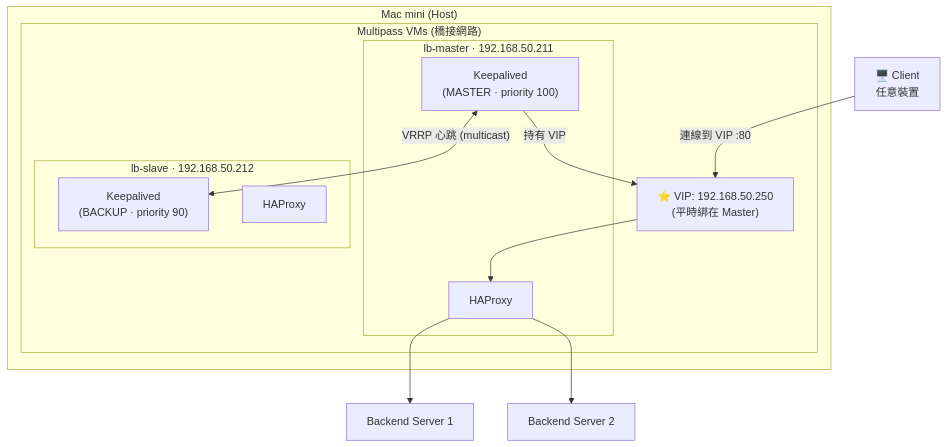
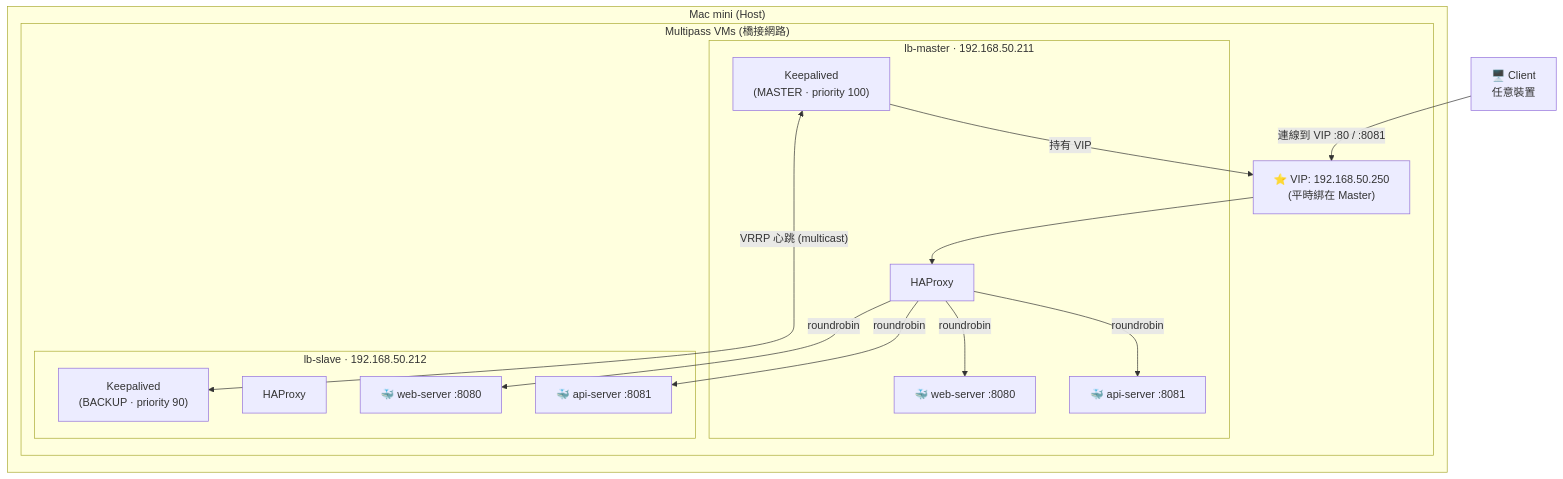
Before and after one commit to MansionLai/notebook: the first of 4 diagrams in load-balancer/architecture.md, drawn with Mermaid. The commit also changed 7 other files, not shown here.

````diff
--- a/load-balancer/architecture.md
+++ b/load-balancer/architecture.md
@@ -11,28 +11,31 @@
 ```mermaid
 graph TB
     Client["🖥️ Client<br/>任意裝置"]
 
     subgraph MAC["Mac mini (Host)"]
         subgraph VMs["Multipass VMs (橋接網路)"]
             subgraph MASTER["lb-master · 192.168.50.211"]
                 KA_M["Keepalived<br/>(MASTER · priority 100)"]
                 HP_M["HAProxy"]
+                WEB_M["🐳 web-server :8080"]
+                API_M["🐳 api-server :8081"]
             end
             subgraph SLAVE["lb-slave · 192.168.50.212"]
                 KA_S["Keepalived<br/>(BACKUP · priority 90)"]
                 HP_S["HAProxy"]
+                WEB_S["🐳 web-server :8080"]
+                API_S["🐳 api-server :8081"]
             end
             VIP["⭐ VIP: 192.168.50.250<br/>(平時綁在 Master)"]
         end
     end
 
-    Backend1["Backend Server 1"]
-    Backend2["Backend Server 2"]
-
-    Client -->|"連線到 VIP :80"| VIP
+    Client -->|"連線到 VIP :80 / :8081"| VIP
     VIP --> HP_M
-    HP_M --> Backend1
-    HP_M --> Backend2
+    HP_M -->|"roundrobin"| WEB_M
+    HP_M -->|"roundrobin"| WEB_S
+    HP_M -->|"roundrobin"| API_M
+    HP_M -->|"roundrobin"| API_S
     KA_M <-->|"VRRP 心跳 (multicast)"| KA_S
     KA_M -->|"持有 VIP"| VIP
 ```
````
